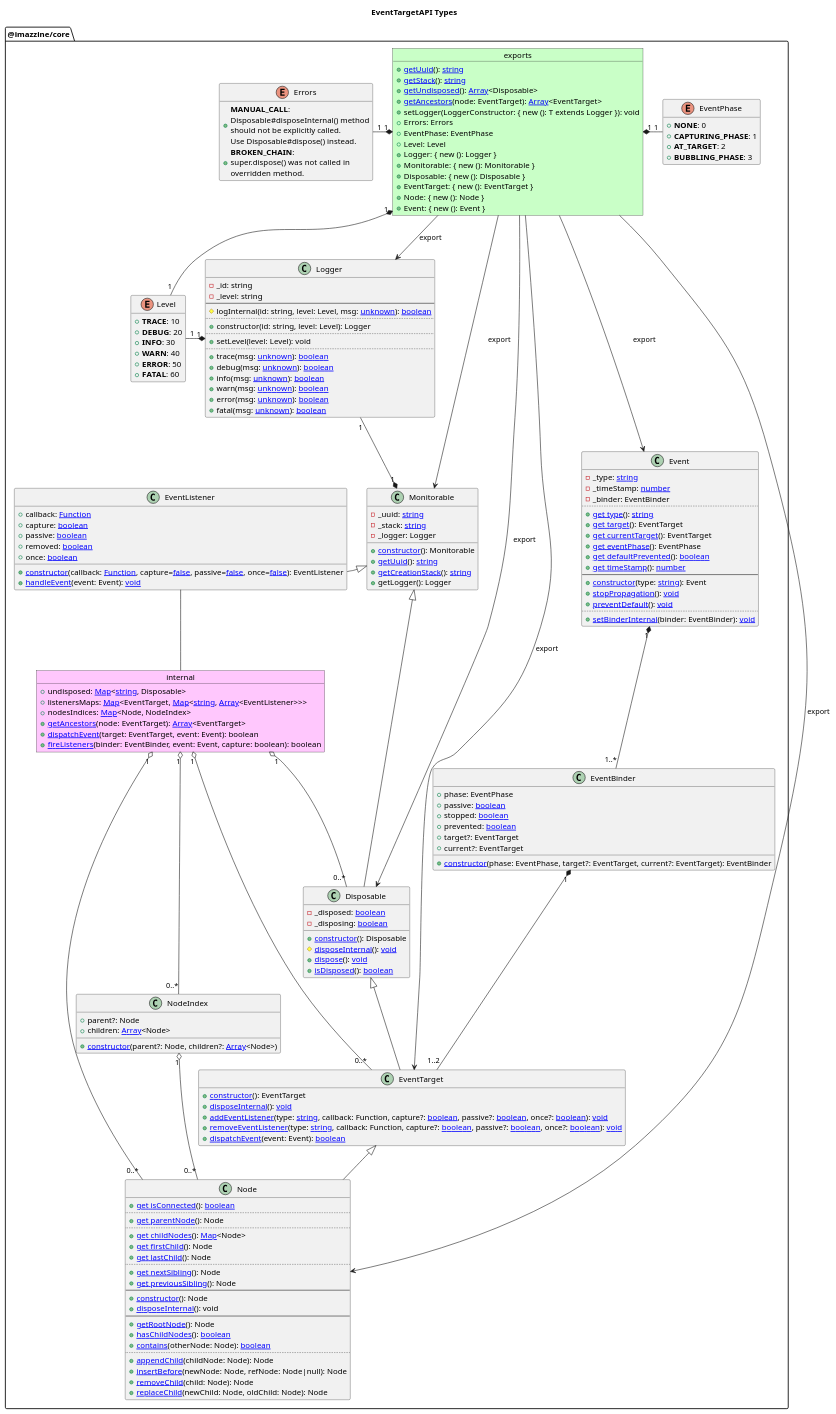
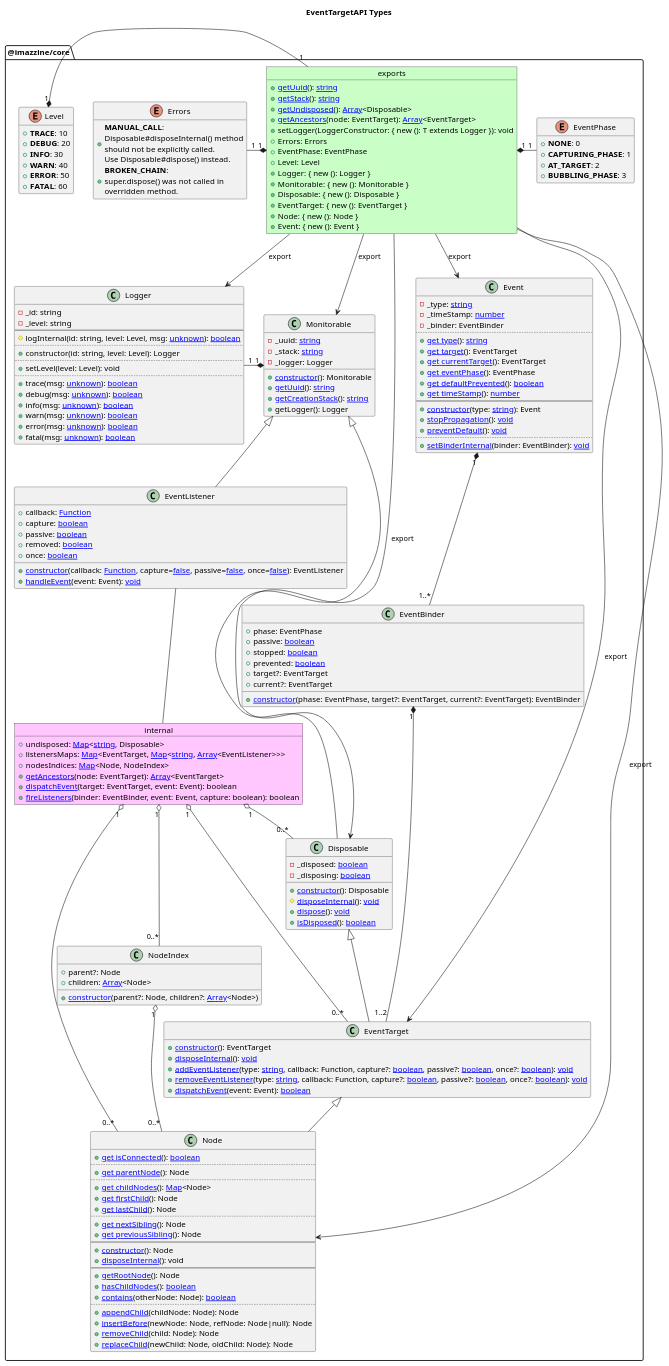
The first of 50 diagrams in _uml/puml/EventTargetAPI.puml (imazzine/imazzine.github.io), drawn with PlantUML before and after one commit. The commit also changed 1 other file, not shown here.

Commit message:
logger wip

```diff
--- a/_uml/puml/EventTargetAPI.puml
+++ b/_uml/puml/EventTargetAPI.puml
@@ -56,7 +56,7 @@
             +<b>ERROR</b>: 50
             +<b>FATAL</b>: 60
         }
-        ImazzineCorePackageExports "1" *-- "1" Level
+        Level "1" *- "1" ImazzineCorePackageExports
 
         class Logger {
             -_id: string
@@ -76,7 +76,6 @@
             +fatal(msg: [[https://www.typescriptlang.org/docs/handbook/2/functions.html#unknown unknown]]): [[https://developer.mozilla.org/en-US/docs/Web/JavaScript/Reference/Global_Objects/Boolean boolean]]
         }
         ImazzineCorePackageExports --> Logger : export
-        Level "1" -* "1" Logger
         
         class Monitorable {
             -_uuid: [[https://developer.mozilla.org/en-US/docs/Web/JavaScript/Reference/Global_Objects/String string]]
@@ -87,7 +86,7 @@
             +[[./Definition_Monitorable.getCreationStack.svg getCreationStack]](): [[https://developer.mozilla.org/en-US/docs/Web/JavaScript/Reference/Global_Objects/String string]]
             +getLogger(): Logger
         }
-        ImazzineCorePackageExports ---> Monitorable : export
+        ImazzineCorePackageExports --> Monitorable : export
         Logger "1" -* "1" Monitorable
 
         class Disposable extends Monitorable {
@@ -112,7 +111,7 @@
         }
         ' internal "1" o-- "0..*" EventListener
         EventListener -- internal
-        EventListener -[hidden] Monitorable
+        EventListener -[hidden]- Monitorable
 
         class EventTarget extends Disposable {
             +[[./Definition_EventTarget.constructor.svg constructor]](): EventTarget
@@ -154,7 +153,7 @@
             +[[./Definition_Event.setBinderInternal.svg setBinderInternal]](binder: EventBinder): [[https://developer.mozilla.org/en-US/docs/Web/JavaScript/Reference/Operators/void void]]
         }
         Event "1" *-- "1..*" EventBinder
-        ImazzineCorePackageExports ---> Event : export
+        ImazzineCorePackageExports --> Event : export
 
         class Node extends EventTarget {
             +[[./Definition_Node.isConnected.svg get isConnected]](): [[https://developer.mozilla.org/en-US/docs/Web/JavaScript/Reference/Global_Objects/Boolean boolean]]
```
